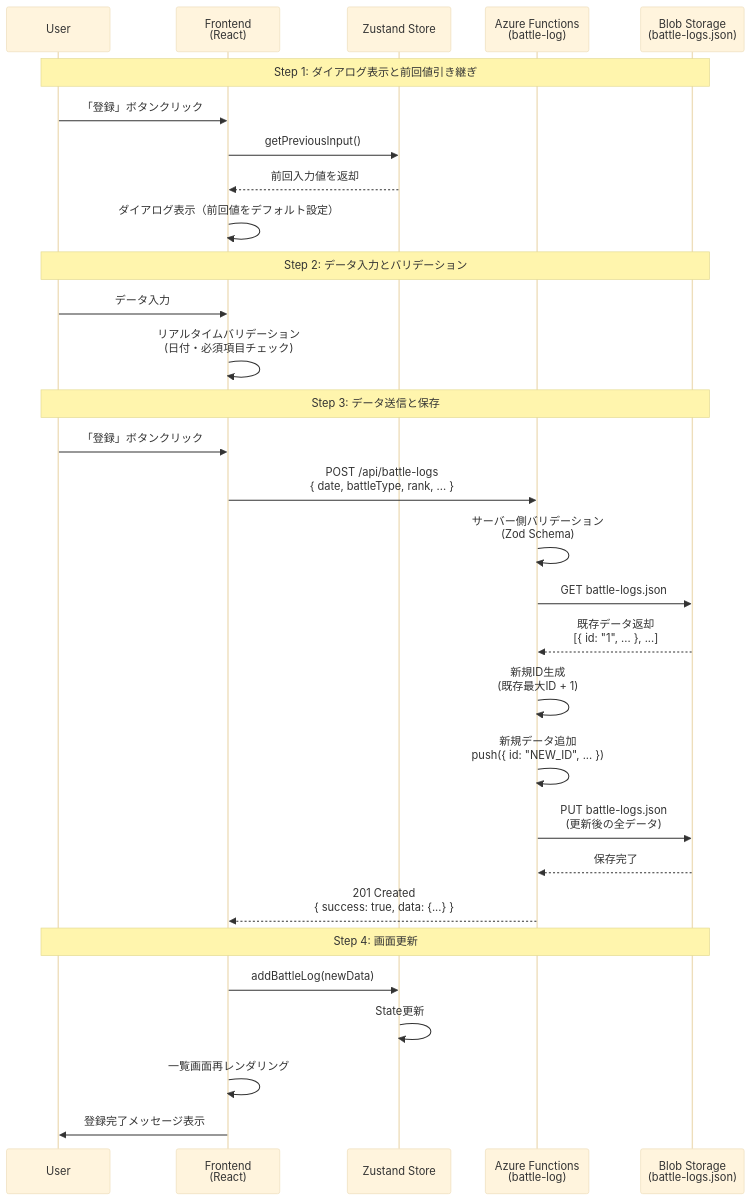
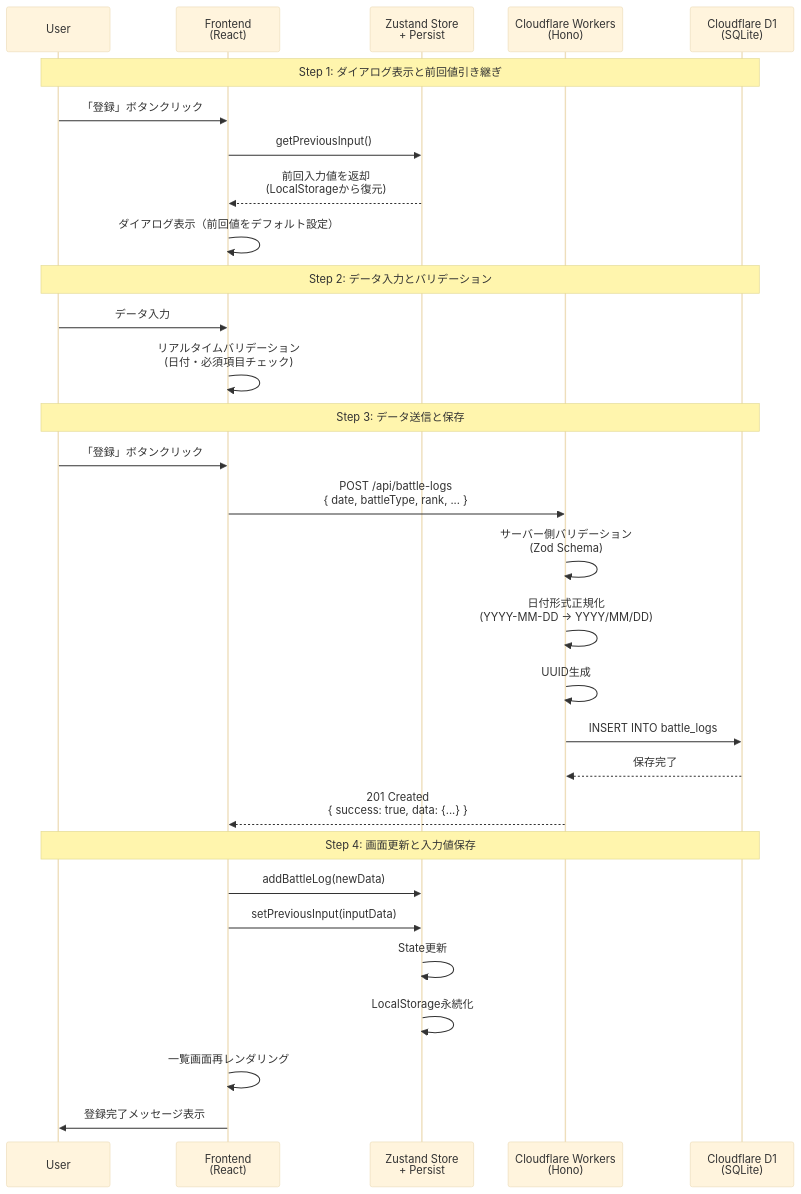
The second of 9 diagrams in docs/design/shadowverse-battle-log/dataflow.md (yaguma/shadowverse_log), drawn with Mermaid (base theme) before and after one commit. The commit also changed other lines of this file and 6 other files, not shown here.

````diff
--- a/docs/design/shadowverse-battle-log/dataflow.md
+++ b/docs/design/shadowverse-battle-log/dataflow.md
@@ -40,40 +41,39 @@
 ```mermaid
 sequenceDiagram
     participant U as User
     participant F as Frontend<br/>(React)
-    participant Z as Zustand Store
-    participant AF as Azure Functions<br/>(battle-log)
-    participant BS as Blob Storage<br/>(battle-logs.json)
+    participant Z as Zustand Store<br/>+ Persist
+    participant CW as Cloudflare Workers<br/>(Hono)
+    participant D1 as Cloudflare D1<br/>(SQLite)
 
-    Note over U,BS: Step 1: ダイアログ表示と前回値引き継ぎ
+    Note over U,D1: Step 1: ダイアログ表示と前回値引き継ぎ
     U->>F: 「登録」ボタンクリック
     F->>Z: getPreviousInput()
-    Z-->>F: 前回入力値を返却
+    Z-->>F: 前回入力値を返却<br/>(LocalStorageから復元)
     F->>F: ダイアログ表示（前回値をデフォルト設定）
 
-    Note over U,BS: Step 2: データ入力とバリデーション
+    Note over U,D1: Step 2: データ入力とバリデーション
     U->>F: データ入力
     F->>F: リアルタイムバリデーション<br/>(日付・必須項目チェック)
 
-    Note over U,BS: Step 3: データ送信と保存
+    Note over U,D1: Step 3: データ送信と保存
     U->>F: 「登録」ボタンクリック
-    F->>AF: POST /api/battle-logs<br/>{ date, battleType, rank, ... }
+    F->>CW: POST /api/battle-logs<br/>{ date, battleType, rank, ... }
 
-    AF->>AF: サーバー側バリデーション<br/>(Zod Schema)
-    AF->>BS: GET battle-logs.json
-    BS-->>AF: 既存データ返却<br/>[{ id: "1", ... }, ...]
+    CW->>CW: サーバー側バリデーション<br/>(Zod Schema)
+    CW->>CW: 日付形式正規化<br/>(YYYY-MM-DD → YYYY/MM/DD)
+    CW->>CW: UUID生成
 
-    AF->>AF: 新規ID生成<br/>(既存最大ID + 1)
-    AF->>AF: 新規データ追加<br/>push({ id: "NEW_ID", ... })
+    CW->>D1: INSERT INTO battle_logs
+    D1-->>CW: 保存完了
 
-    AF->>BS: PUT battle-logs.json<br/>(更新後の全データ)
-    BS-->>AF: 保存完了
+    CW-->>F: 201 Created<br/>{ success: true, data: {...} }
 
-    AF-->>F: 201 Created<br/>{ success: true, data: {...} }
-
-    Note over U,BS: Step 4: 画面更新
+    Note over U,D1: Step 4: 画面更新と入力値保存
     F->>Z: addBattleLog(newData)
+    F->>Z: setPreviousInput(inputData)
     Z->>Z: State更新
+    Z->>Z: LocalStorage永続化
     F->>F: 一覧画面再レンダリング
     F->>U: 登録完了メッセージ表示
 ```
````
